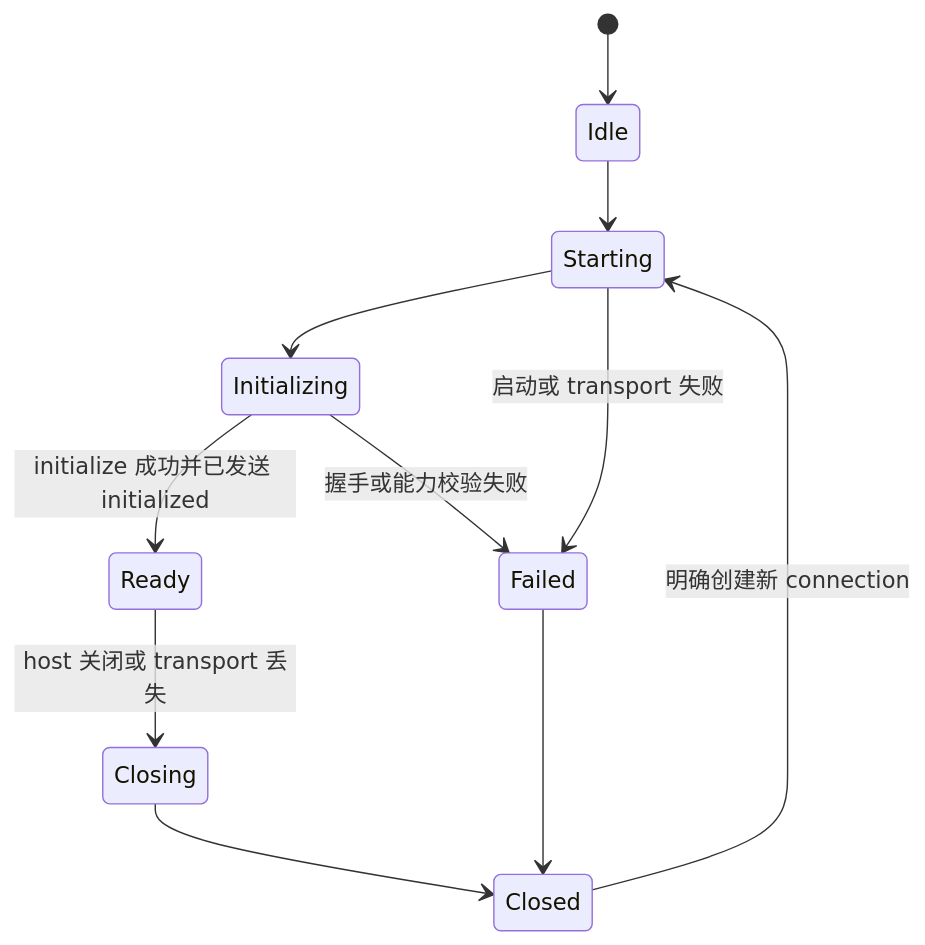
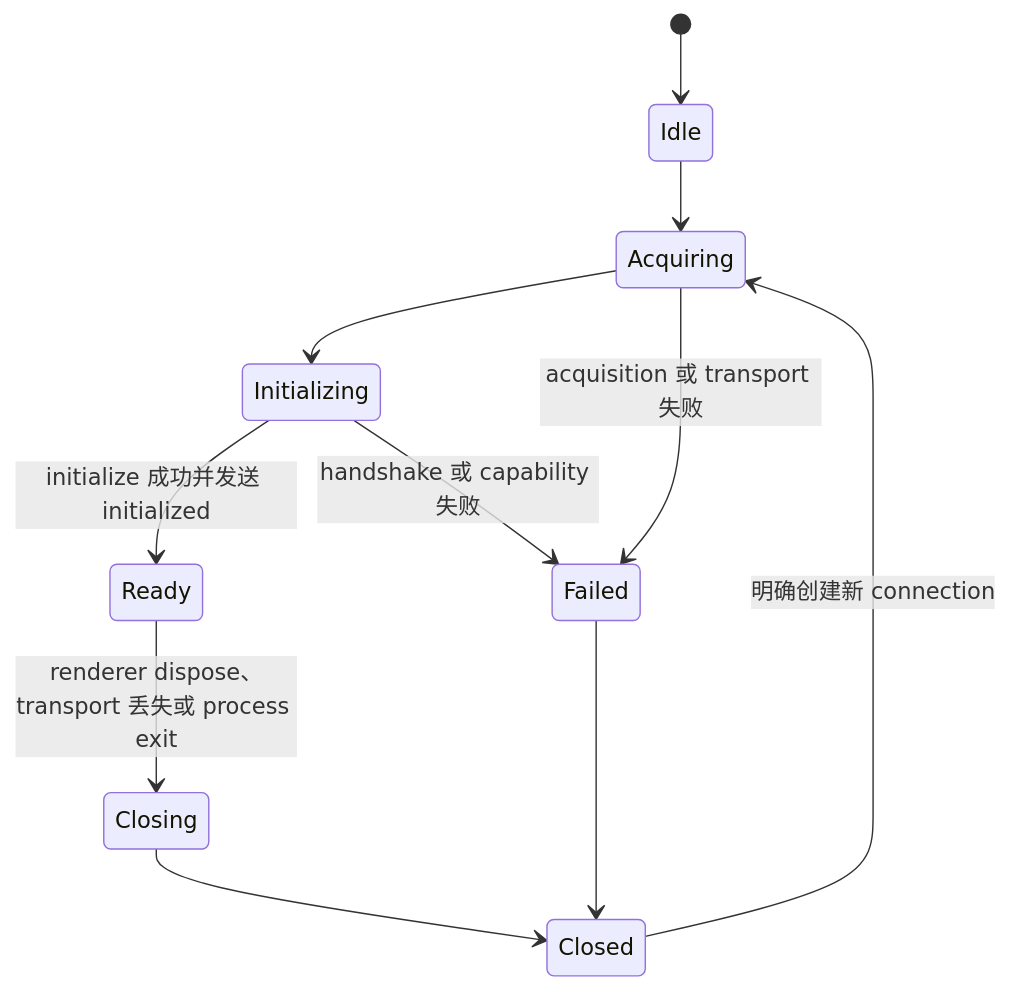
Before and after one commit to chogng/zeta: the second of 2 diagrams in .agents/skills/app-server-api-integration/references/connection-architecture.md, drawn with Mermaid. The commit also changed other lines of this file and 5 other files, not shown here.

````diff
--- a/.agents/skills/app-server-api-integration/references/connection-architecture.md
+++ b/.agents/skills/app-server-api-integration/references/connection-architecture.md
@@ -169,13 +191,13 @@
 ```mermaid
 stateDiagram-v2
     [*] --> Idle
-    Idle --> Starting
-    Starting --> Initializing
-    Initializing --> Ready: initialize 成功并已发送 initialized
-    Starting --> Failed: 启动或 transport 失败
-    Initializing --> Failed: 握手或能力校验失败
-    Ready --> Closing: host 关闭或 transport 丢失
+    Idle --> Acquiring
+    Acquiring --> Initializing
+    Initializing --> Ready: initialize 成功并发送 initialized
+    Acquiring --> Failed: acquisition 或 transport 失败
+    Initializing --> Failed: handshake 或 capability 失败
+    Ready --> Closing: renderer dispose、transport 丢失或 process exit
     Closing --> Closed
     Failed --> Closed
-    Closed --> Starting: 明确创建新 connection
+    Closed --> Acquiring: 明确创建新 connection
 ```
````
